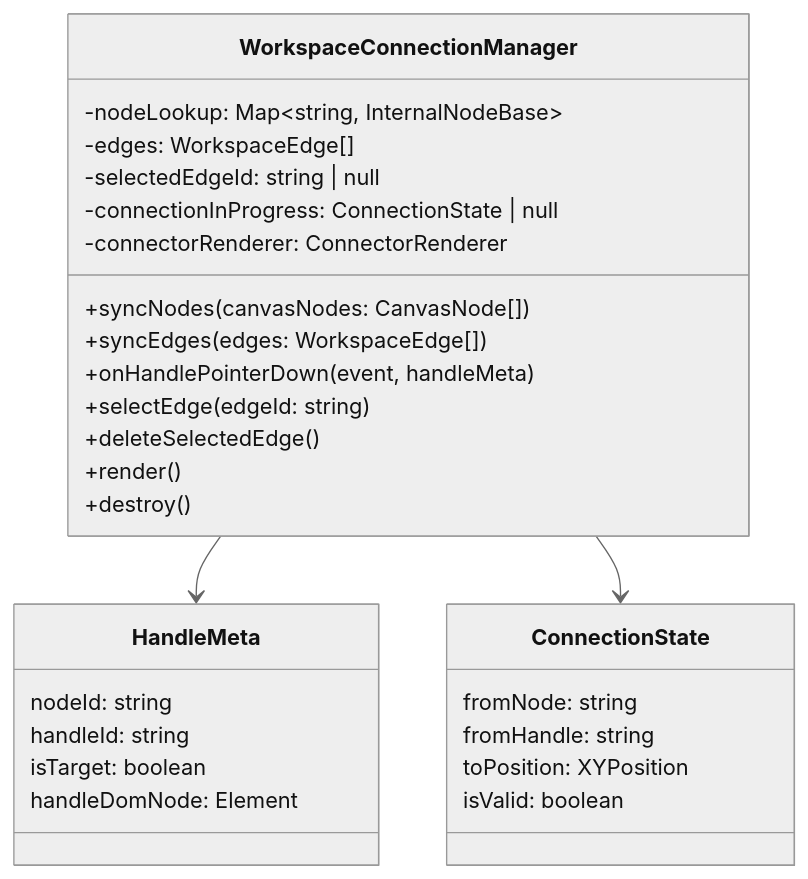
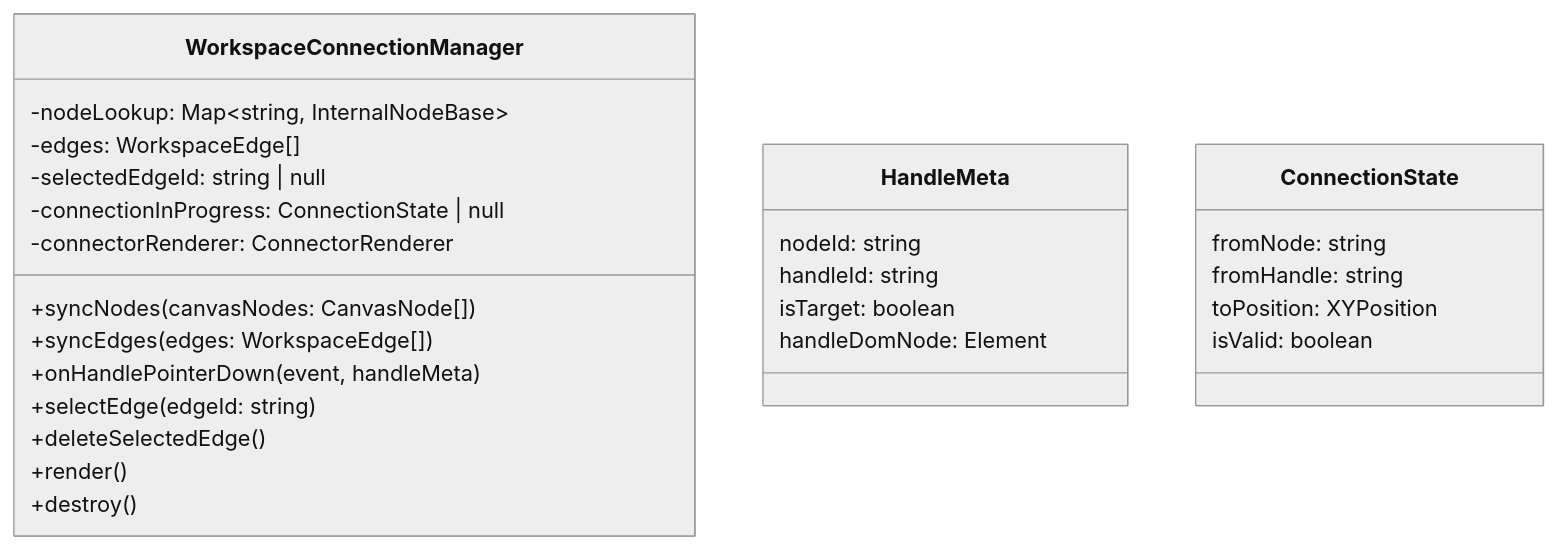
Diagram 13 of 16 in documentation/features/WORKSPACE-FEATURE.md (Lixpi/lixpi), drawn with Mermaid (neutral theme) before and after one commit. The commit also changed other lines of this file and 101 other files, not shown here.

````diff
--- a/documentation/features/WORKSPACE-FEATURE.md
+++ b/documentation/features/WORKSPACE-FEATURE.md
@@ -644,35 +625,32 @@
 ```mermaid
 classDiagram
     class WorkspaceConnectionManager {
         -nodeLookup: Map~string, InternalNodeBase~
         -edges: WorkspaceEdge[]
         -selectedEdgeId: string | null
         -connectionInProgress: ConnectionState | null
         -connectorRenderer: ConnectorRenderer
 
         +syncNodes(canvasNodes: CanvasNode[])
         +syncEdges(edges: WorkspaceEdge[])
         +onHandlePointerDown(event, handleMeta)
         +selectEdge(edgeId: string)
         +deleteSelectedEdge()
         +render()
         +destroy()
     }
 
     class HandleMeta {
         nodeId: string
         handleId: string
         isTarget: boolean
         handleDomNode: Element
     }
 
     class ConnectionState {
         fromNode: string
         fromHandle: string
         toPosition: XYPosition
         isValid: boolean
     }
-
-    WorkspaceConnectionManager --> HandleMeta
-    WorkspaceConnectionManager --> ConnectionState
 ```
````
